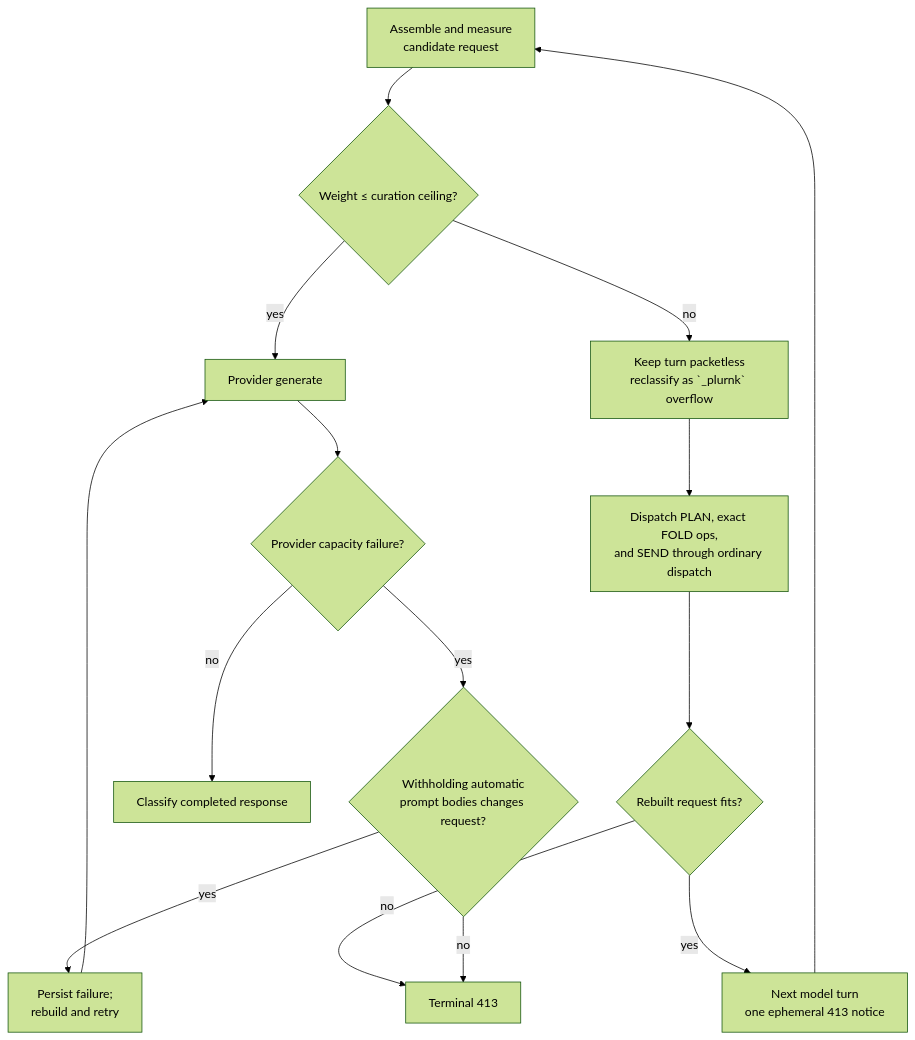
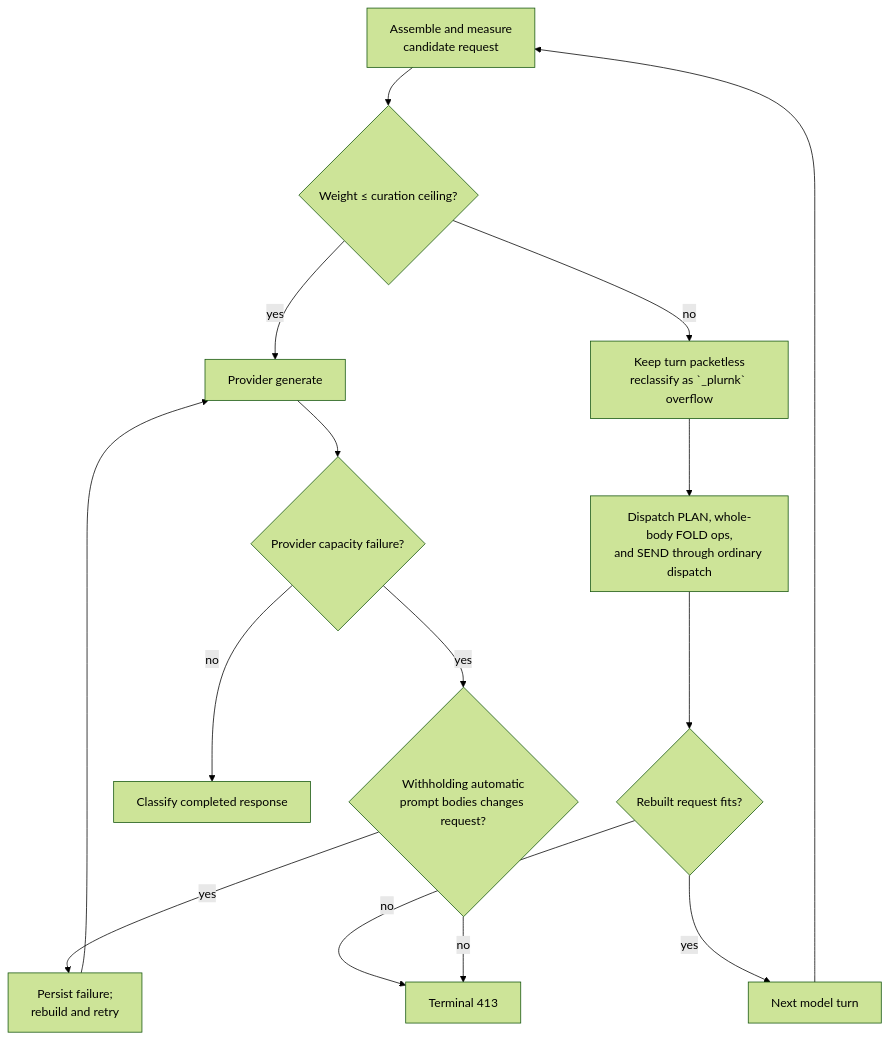
Before and after one commit to plurnk/plurnk-service: diagram 17 of 20 in plurnk-core/SPEC.md, drawn with Mermaid (forest theme). The commit also changed other lines of this file and 20 other files, not shown here.

Commit message:
fix(core): make overflow recovery an ordinary turn (#302)

````diff
--- a/plurnk-core/SPEC.md
+++ b/plurnk-core/SPEC.md
@@ -2869,17 +2869,17 @@
 ```mermaid
 flowchart TD
     assemble["Assemble and measure<br/>candidate request"] --> budget{"Weight ≤ curation ceiling?"}
     budget -->|yes| generate["Provider generate"]
     budget -->|no| recover["Keep turn packetless<br/>reclassify as `_plurnk` overflow"]
-    recover --> fold["Dispatch PLAN, exact FOLD ops,<br/>and SEND through ordinary dispatch"]
+    recover --> fold["Dispatch PLAN, whole-body FOLD ops,<br/>and SEND through ordinary dispatch"]
     fold --> verify{"Rebuilt request fits?"}
-    verify -->|yes| next["Next model turn<br/>one ephemeral 413 notice"]
+    verify -->|yes| next["Next model turn"]
     verify -->|no| stop["Terminal 413"]
     next --> assemble
     generate --> capacity{"Provider capacity failure?"}
     capacity -->|no| response["Classify completed response"]
     capacity -->|yes| prompt{"Withholding automatic<br/>prompt bodies changes request?"}
     prompt -->|yes| retry["Persist failure;<br/>rebuild and retry"]
     retry --> generate
     prompt -->|no| stop
 ```
````
